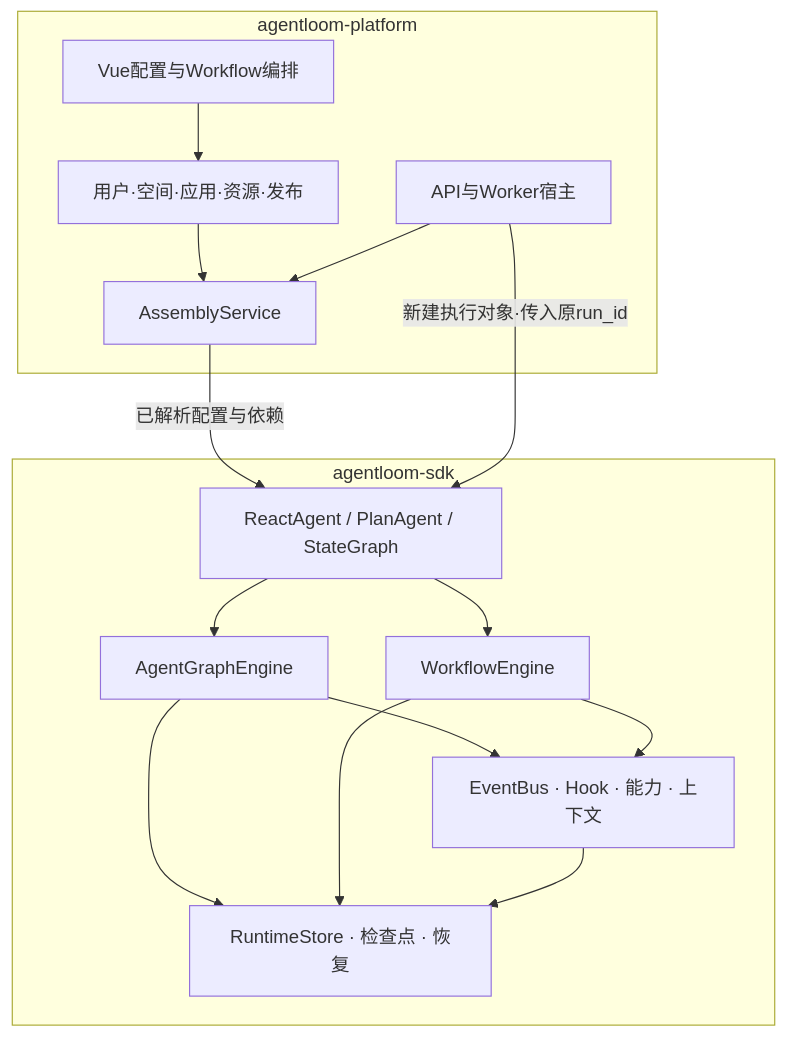
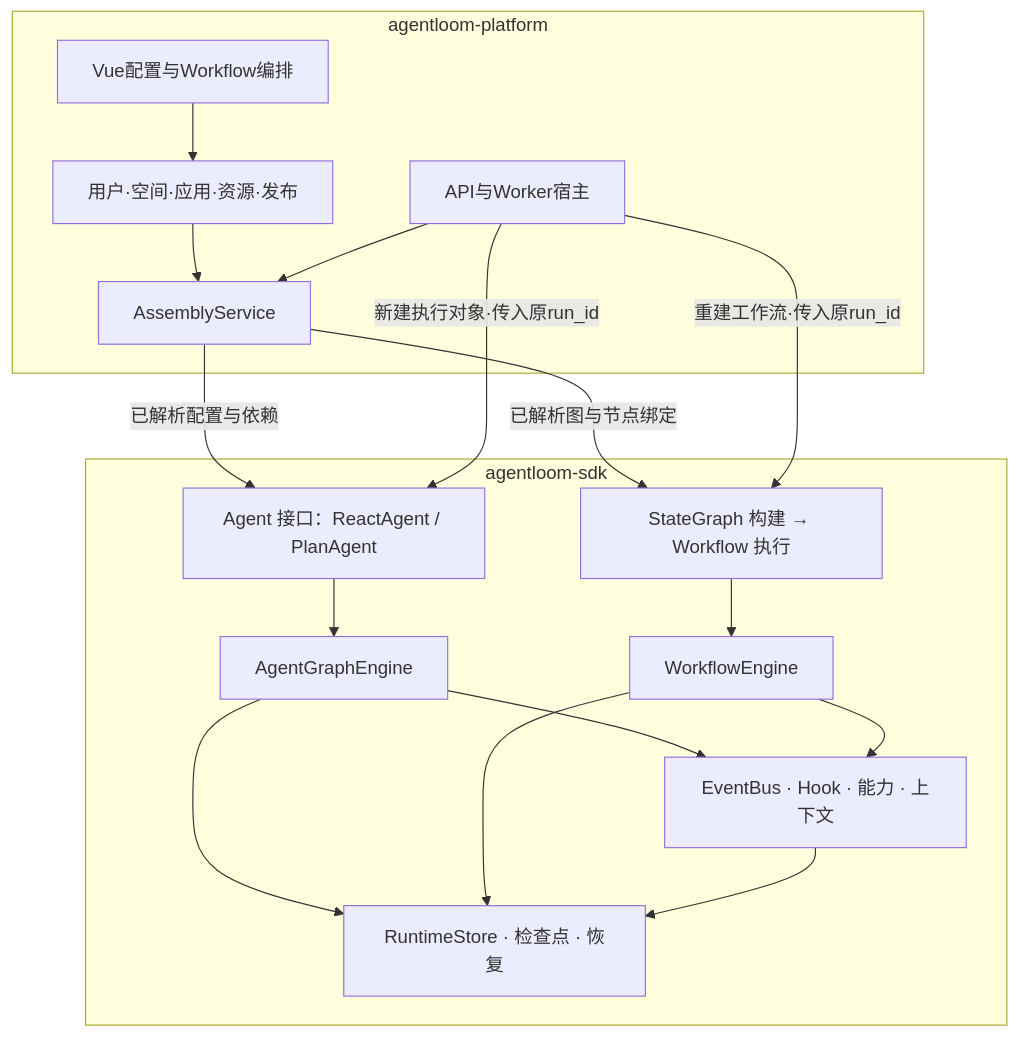
One commit to dujian0068/agent-loom changed the diagram in docs/sdk-platform-boundary.md. Above: the diagram before and after it, drawn with Mermaid. The commit also changed other lines of this file and 11 other files, not shown here.

Commit message:
docs: separate Agent API from graph node contracts

````diff
--- a/docs/sdk-platform-boundary.md
+++ b/docs/sdk-platform-boundary.md
@@ -7,28 +7,31 @@
 ```mermaid
 flowchart TB
     subgraph Platform["agentloom-platform"]
       UI["Vue配置与Workflow编排"]
       APP["用户·空间·应用·资源·发布"]
       AS["AssemblyService"]
       HOST["API与Worker宿主"]
       UI --> APP
       APP --> AS
       HOST --> AS
     end
     subgraph SDK["agentloom-sdk"]
-      API["ReactAgent / PlanAgent / StateGraph"]
+      API["Agent 接口：ReactAgent / PlanAgent"]
+      WAPI["StateGraph 构建 → Workflow 执行"]
       AG["AgentGraphEngine"]
       WF["WorkflowEngine"]
       SV["EventBus · Hook · 能力 · 上下文"]
       CP["RuntimeStore · 检查点 · 恢复"]
       API --> AG
-      API --> WF
+      WAPI --> WF
       AG --> SV
       WF --> SV
       AG --> CP
       WF --> CP
       SV --> CP
     end
     AS -->|已解析配置与依赖| API
+    AS -->|已解析图与节点绑定| WAPI
     HOST -->|新建执行对象·传入原run_id| API
+    HOST -->|重建工作流·传入原run_id| WAPI
 ```
````
